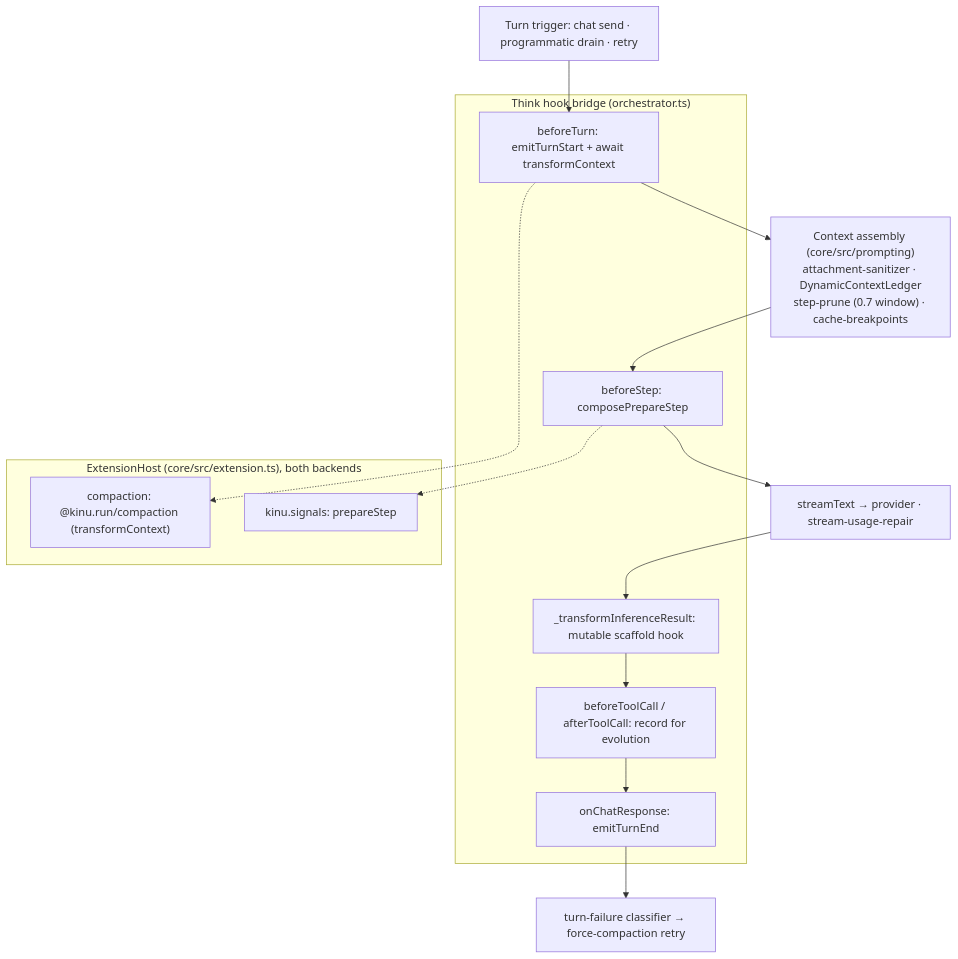
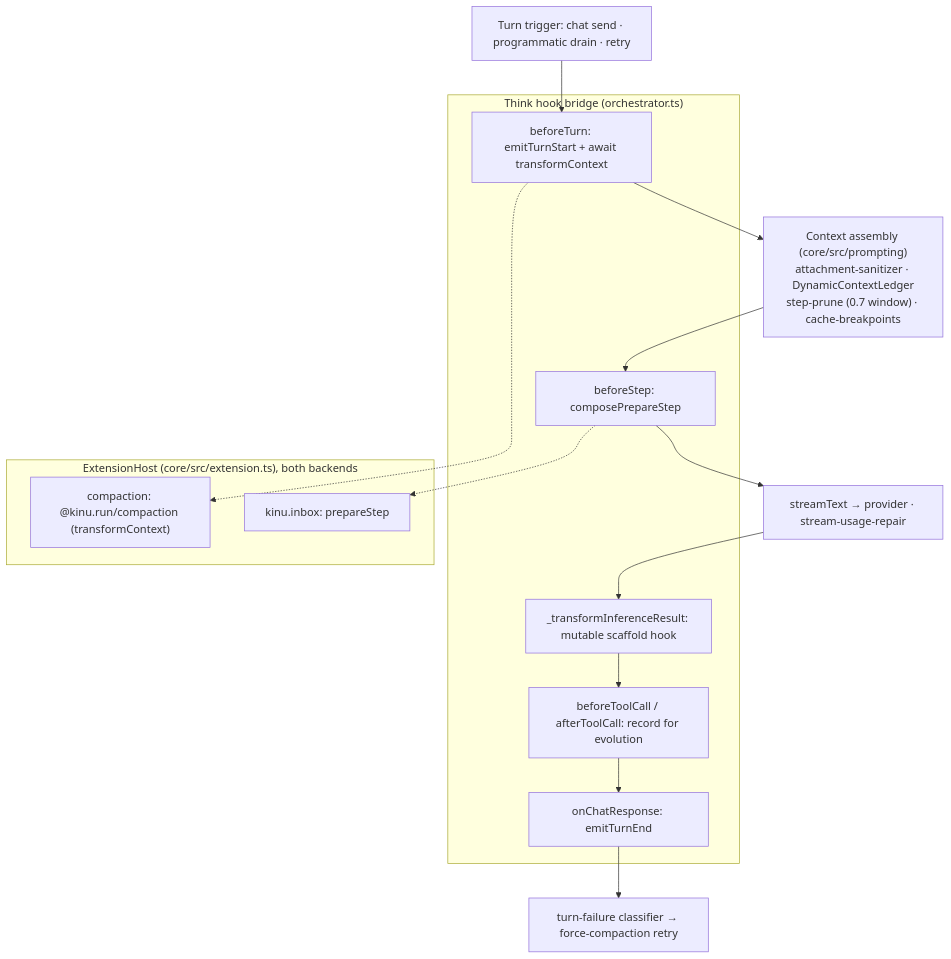
Before and after one commit to AshishKumar4/kinu: the third of 5 diagrams in docs/ARCHITECTURE.md, drawn with Mermaid. The commit also changed other lines of this file and 40 other files, not shown here.

````diff
--- a/docs/ARCHITECTURE.md
+++ b/docs/ARCHITECTURE.md
@@ -225,25 +225,25 @@
 ```mermaid
 flowchart TB
     In["Turn trigger: chat send · programmatic drain · retry"]
 
     subgraph Bridge["Think hook bridge (orchestrator.ts)"]
         BT["beforeTurn: emitTurnStart + await transformContext"]
         BS["beforeStep: composePrepareStep"]
         TC["beforeToolCall / afterToolCall: record for evolution"]
         IT["_transformInferenceResult: mutable scaffold hook"]
         CR["onChatResponse: emitTurnEnd"]
     end
 
     subgraph Host["ExtensionHost (core/src/extension.ts), both backends"]
         Comp["compaction: @kinu.run/compaction (transformContext)"]
-        Inj["kinu.signals: prepareStep"]
+        Inj["kinu.inbox: prepareStep"]
     end
 
     Assembly["Context assembly (core/src/prompting)<br/>attachment-sanitizer · DynamicContextLedger<br/>step-prune (0.7 window) · cache-breakpoints"]
     Model["streamText → provider · stream-usage-repair"]
     Fail["turn-failure classifier → force-compaction retry"]
 
     In --> BT --> Assembly --> BS --> Model --> IT --> TC --> CR --> Fail
     BT -.-> Comp
     BS -.-> Inj
 ```
````
